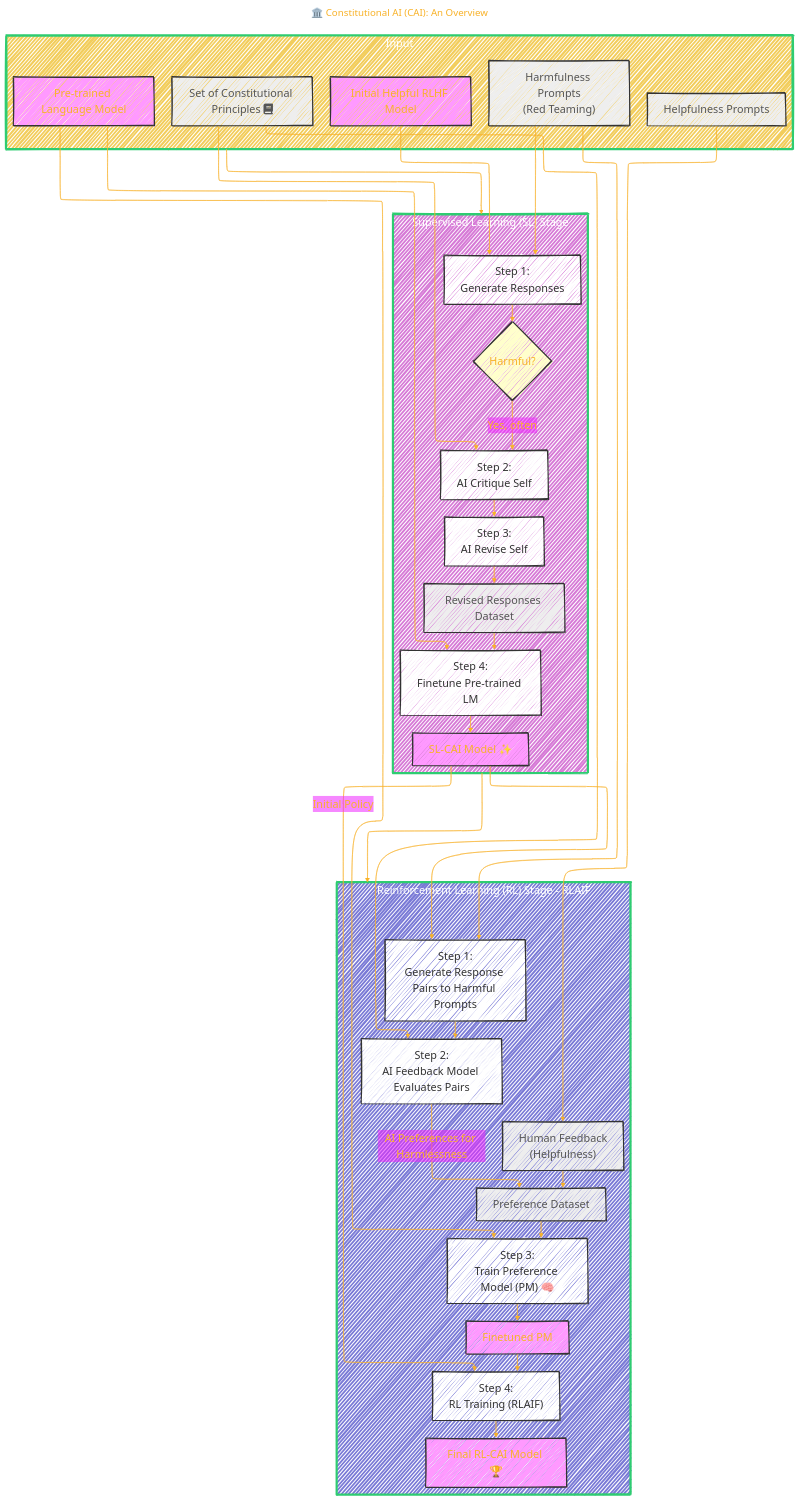
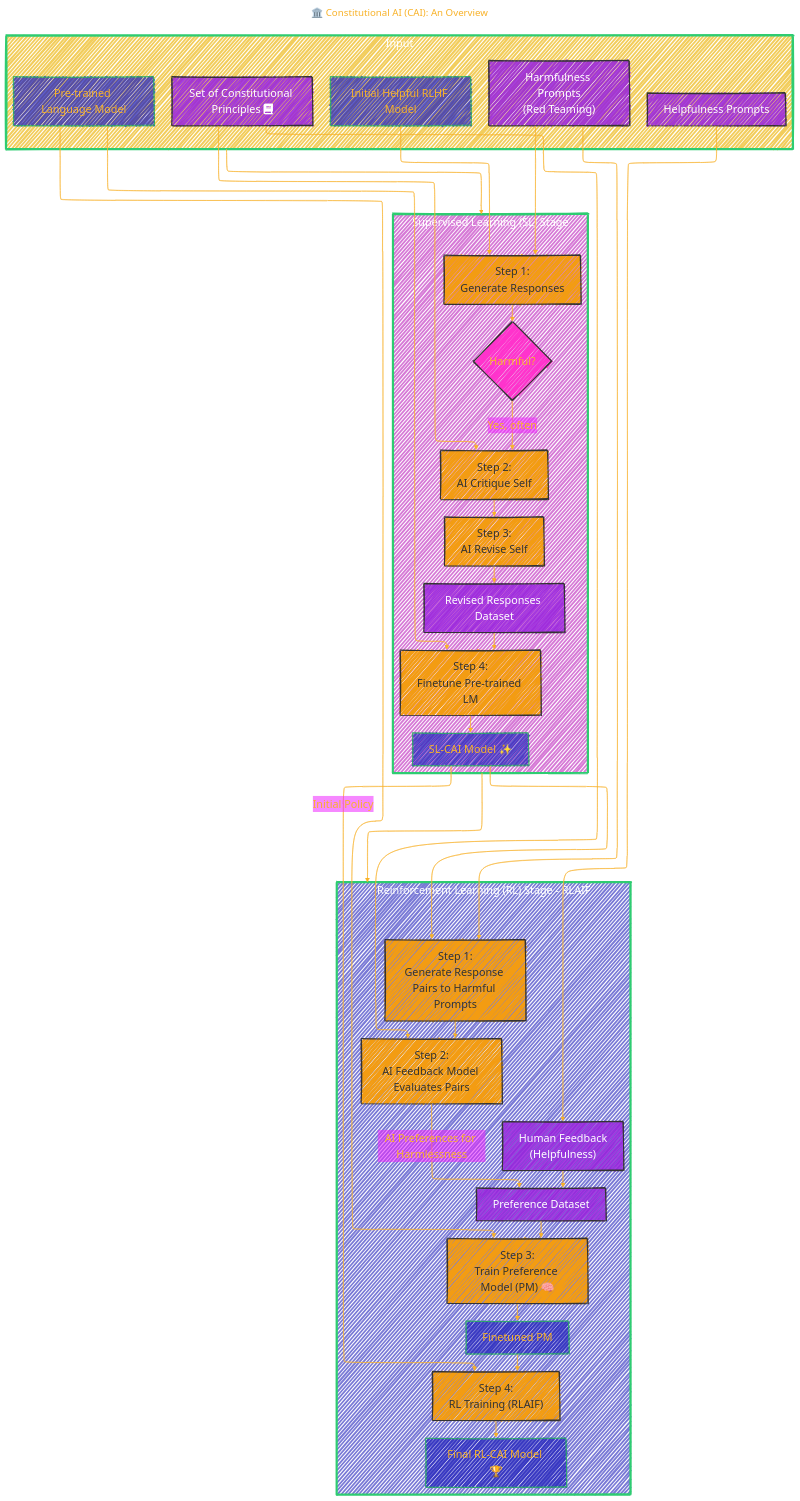
The first of 7 diagrams in Anthropic/Claude_3.7_Sonnet_System_card/Constitutional_AI.md (CongLeSolutionX/Synthetic-Zooniverse), drawn with Mermaid before and after one commit.

Commit message:
update notes

````diff
--- a/Anthropic/Claude_3.7_Sonnet_System_card/Constitutional_AI.md
+++ b/Anthropic/Claude_3.7_Sonnet_System_card/Constitutional_AI.md
@@ -132,25 +132,25 @@
     Input --> SL_Stage
     SL_Stage --> RL_Stage
 
-    classDef Initial_Model fill:#D6EAF8,stroke:#333,stroke-width:2px
-    classDef Pretrained_LM fill:#E8DAEF,stroke:#333,stroke-width:2px
-    classDef Constitutional_Principles fill:#FEF9E7,stroke:#333,stroke-width:2px
-    classDef Harmfulness_Prompts fill:#FADBD8,stroke:#333,stroke-width:2px
-    classDef Helpfullness_Prompts fill:#D5F5E3,stroke:#333,stroke-width:2px
+    %% classDef Initial_Model fill:#D6F8,stroke:#333,stroke-width:2px
+    %% classDef Pretrained_LM fill:#E8DAEF,stroke:#333,stroke-width:2px
+    %% classDef Constitutional_Principles fill:#FEF9E7,stroke:#333,stroke-width:2px
+    %% classDef Harmfulness_Prompts fill:#FADBD8,stroke:#333,stroke-width:2px
+    %% classDef Helpfullness_Prompts fill:#D5F5E3,stroke:#333,stroke-width:2px
     
-    classDef SL_CAI_Model fill:#D1F2EB,stroke:#2ECC71,stroke-width:4px
-    classDef Finetuned_PM fill:#FCF3CF,stroke:#F39C12,stroke-width:4px
-    classDef RL_CAI_Model fill:#D6EAF8,stroke:#3498DB,stroke-width:4px
+    %% classDef SL_CAI_Model fill:#D1F2EB,stroke:#2ECC71,stroke-width:4px
+    %% classDef Finetuned_PM fill:#FCF3CF,stroke:#F39C12,stroke-width:4px
+    %% classDef RL_CAI_Model fill:#D6EAF8,stroke:#3498DB,stroke-width:4px
 
-    classDef component fill:#f9f,stroke:#333,stroke-width:2px;
+    %% classDef component fill:#f9f2,stroke:#333,stroke-width:2px;
     class A,B,L,Q,S component
     
-    classDef process fill:#fff,stroke:#333,stroke-width:2px,color:#333
+    classDef process fill:#F39C12,stroke:#333,stroke-width:2px,color:#333
     class F,H,I,K,M,N,P,R process
     
-    classDef data fill:#eee,stroke:#333,stroke-width:2px,color:#555;
+    classDef data fill:#92DD,stroke:#333,stroke-width:2px,color:#FFFF;
     class C,D,E,J,O,HF data
     
-    classDef decision fill:#ffc,stroke:#333,stroke-width:2px
+    classDef decision fill:#F3CF,stroke:#333,stroke-width:2px
     class G decision
 ```
````
